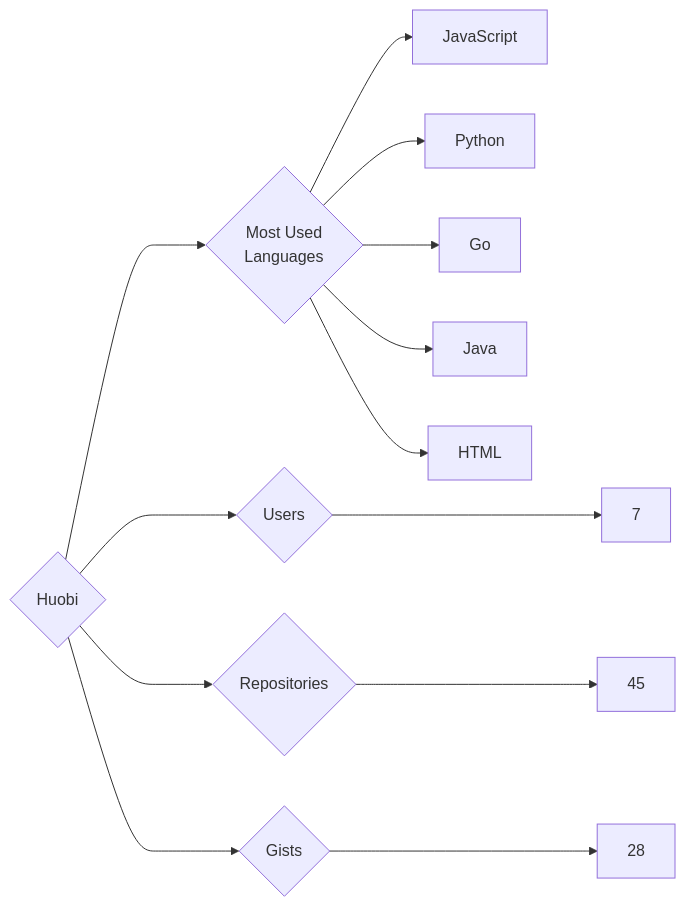
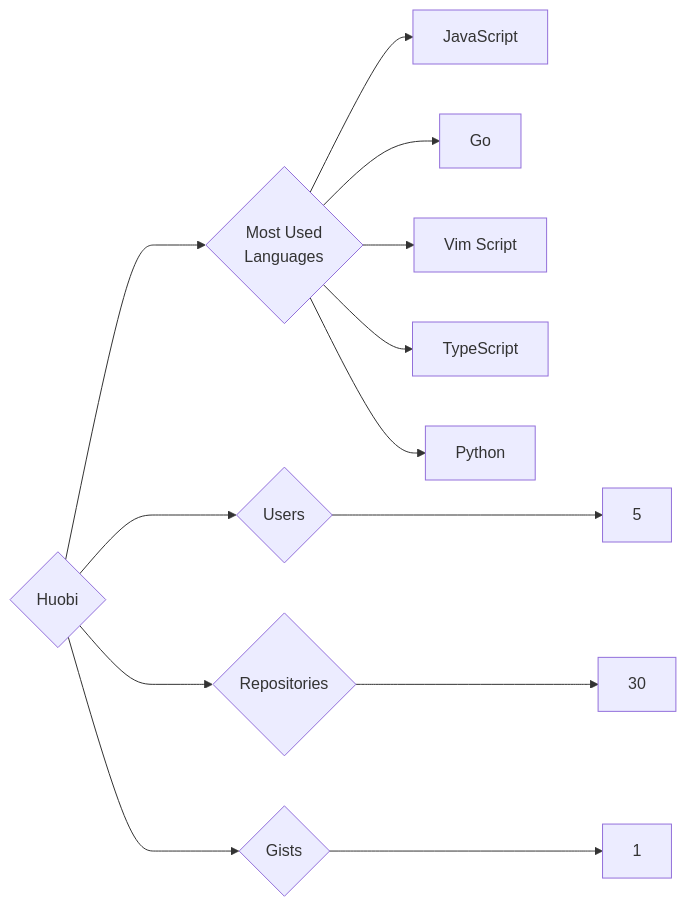
One commit to trickest/insiders changed the diagram in targets/Huobi/README.md. Above: the diagram before and after it, drawn with Mermaid. The commit also changed 873 other files, not shown here.

````diff
--- a/targets/Huobi/README.md
+++ b/targets/Huobi/README.md
@@ -3,13 +3,13 @@
 ```mermaid
 graph LR
 COMPANY_NAME{Huobi}
-COMPANY_NAME ---> U{Users} ---> UN[7]
-COMPANY_NAME ---> R{Repositories} ---> RN[45]
-COMPANY_NAME ---> G{Gists} ---> GN[28]
+COMPANY_NAME ---> U{Users} ---> UN[5]
+COMPANY_NAME ---> R{Repositories} ---> RN[30]
+COMPANY_NAME ---> G{Gists} ---> GN[1]
 COMPANY_NAME ---> ML{Most Used<br>Languages}
 ML --> JavaScript[JavaScript]
+ML --> Go[Go]
+ML --> Vim_Script[Vim Script]
+ML --> TypeScript[TypeScript]
 ML --> Python[Python]
-ML --> Go[Go]
-ML --> Java[Java]
-ML --> HTML[HTML]
 ```
````
